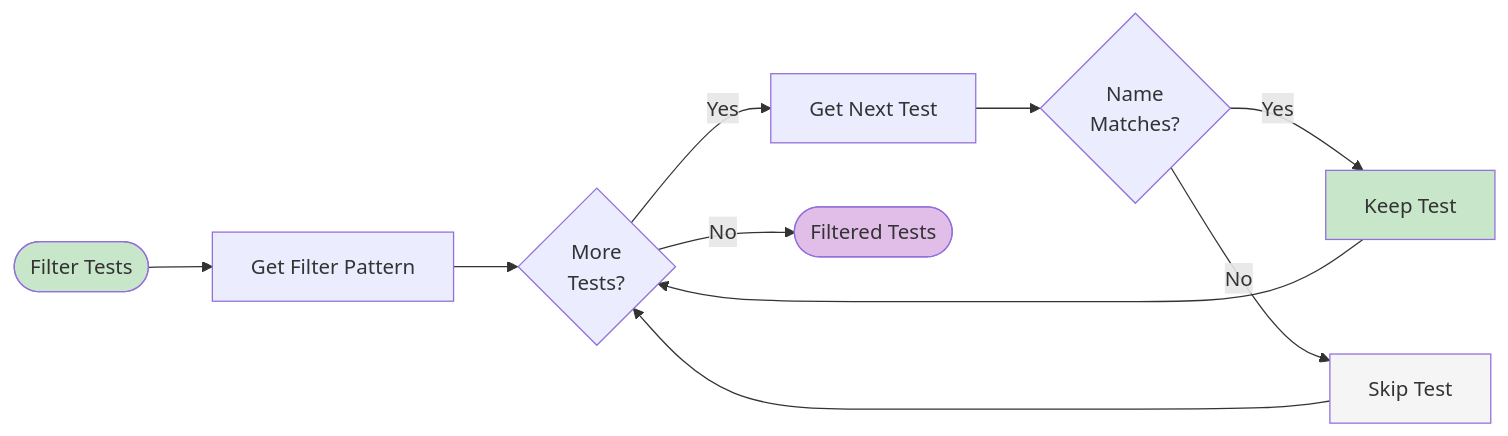
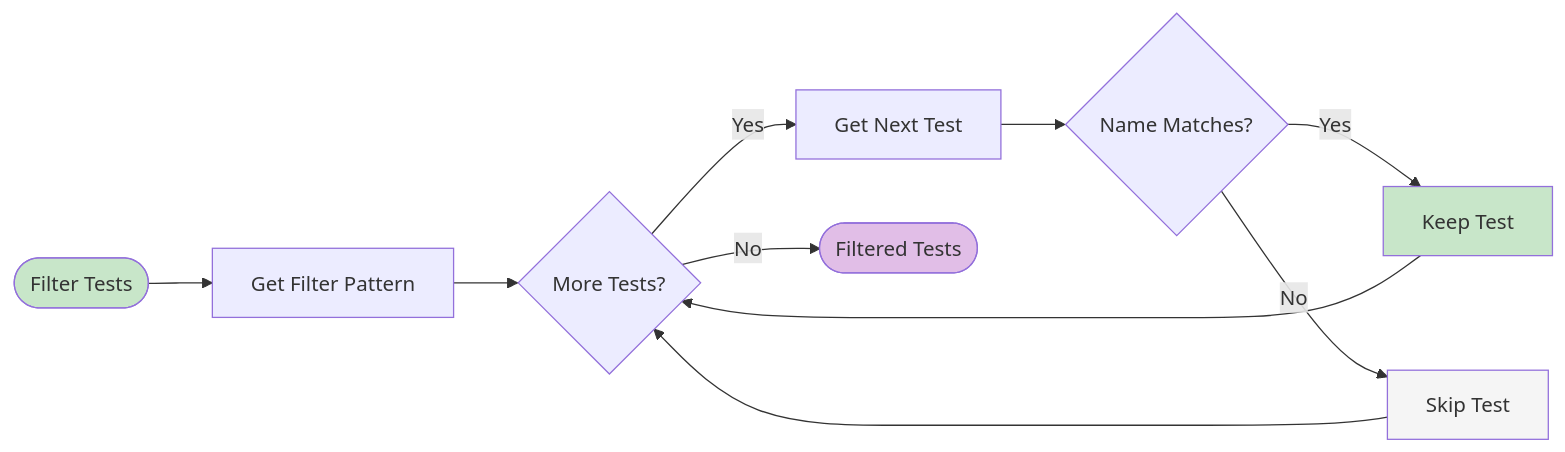
Diagram 11 of 15 in wiki/Test-Loader.md (softwarewrighter/ui-test-rs), drawn with Mermaid before and after one commit. The commit also changed other lines of this file and 10 other files, not shown here.

First line of the commit message:
Fix wiki Mermaid diagrams: remove <br/> tags

````diff
--- a/wiki/Test-Loader.md
+++ b/wiki/Test-Loader.md
@@ -422,32 +422,32 @@
 ```mermaid
 flowchart LR
     Start([Filter Tests])
     Pattern[Get Filter Pattern]
 
-    Loop{More<br/>Tests?}
+    Loop{More Tests?}
     GetTest[Get Next Test]
-    Match{Name<br/>Matches?}
+    Match{Name Matches?}
 
     KeepTest[Keep Test]
     SkipTest[Skip Test]
 
     Done([Filtered Tests])
 
     Start --> Pattern
     Pattern --> Loop
 
     Loop -->|Yes| GetTest
     Loop -->|No| Done
 
     GetTest --> Match
     Match -->|Yes| KeepTest
     Match -->|No| SkipTest
 
     KeepTest --> Loop
     SkipTest --> Loop
 
     style Start fill:#c8e6c9
     style Done fill:#e1bee7
     style KeepTest fill:#c8e6c9
     style SkipTest fill:#f5f5f5
 ```
````
